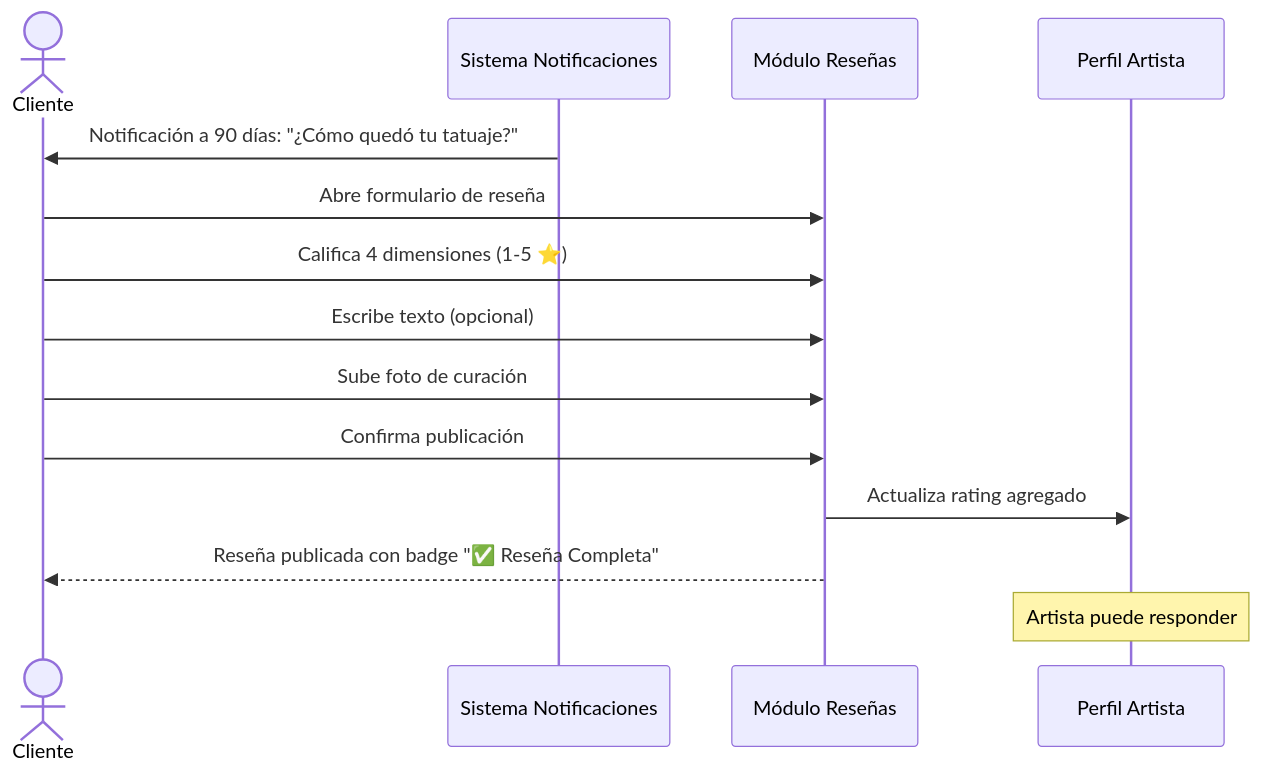
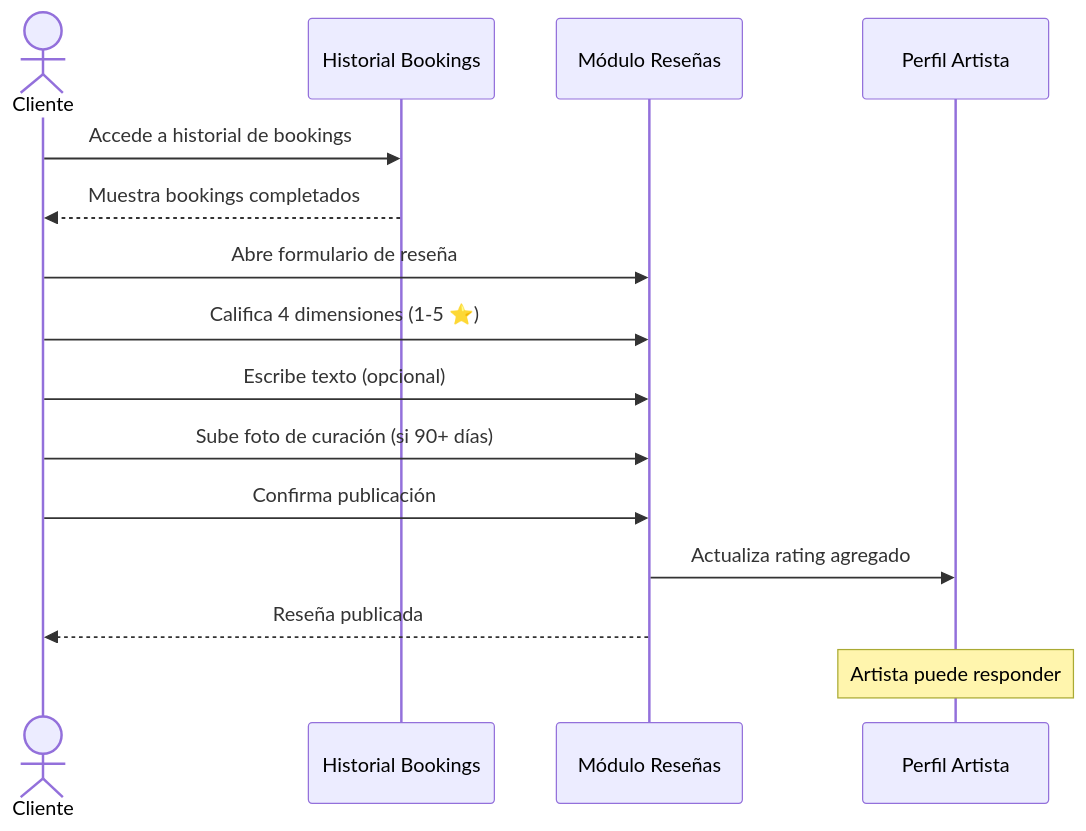
One commit to LIDR-academy/AI4Devs-finalproject changed the fourth of 14 diagrams in docs/documentacion.md. Above: the diagram before and after it, drawn with Mermaid. The commit also changed other lines of this file and 6 other files, not shown here.

````diff
--- a/docs/documentacion.md
+++ b/docs/documentacion.md
@@ -260,17 +257,18 @@
 ```mermaid
 sequenceDiagram
     actor C as Cliente
-    participant N as Sistema Notificaciones
+    participant H as Historial Bookings
     participant R as Módulo Reseñas
     participant PA as Perfil Artista
 
-    N->>C: Notificación a 90 días: "¿Cómo quedó tu tatuaje?"
+    C->>H: Accede a historial de bookings
+    H-->>C: Muestra bookings completados
     C->>R: Abre formulario de reseña
     C->>R: Califica 4 dimensiones (1-5 ⭐)
     C->>R: Escribe texto (opcional)
-    C->>R: Sube foto de curación
+    C->>R: Sube foto de curación (si 90+ días)
     C->>R: Confirma publicación
     R->>PA: Actualiza rating agregado
-    R-->>C: Reseña publicada con badge "✅ Reseña Completa"
+    R-->>C: Reseña publicada
     Note over PA: Artista puede responder
 ```
````
